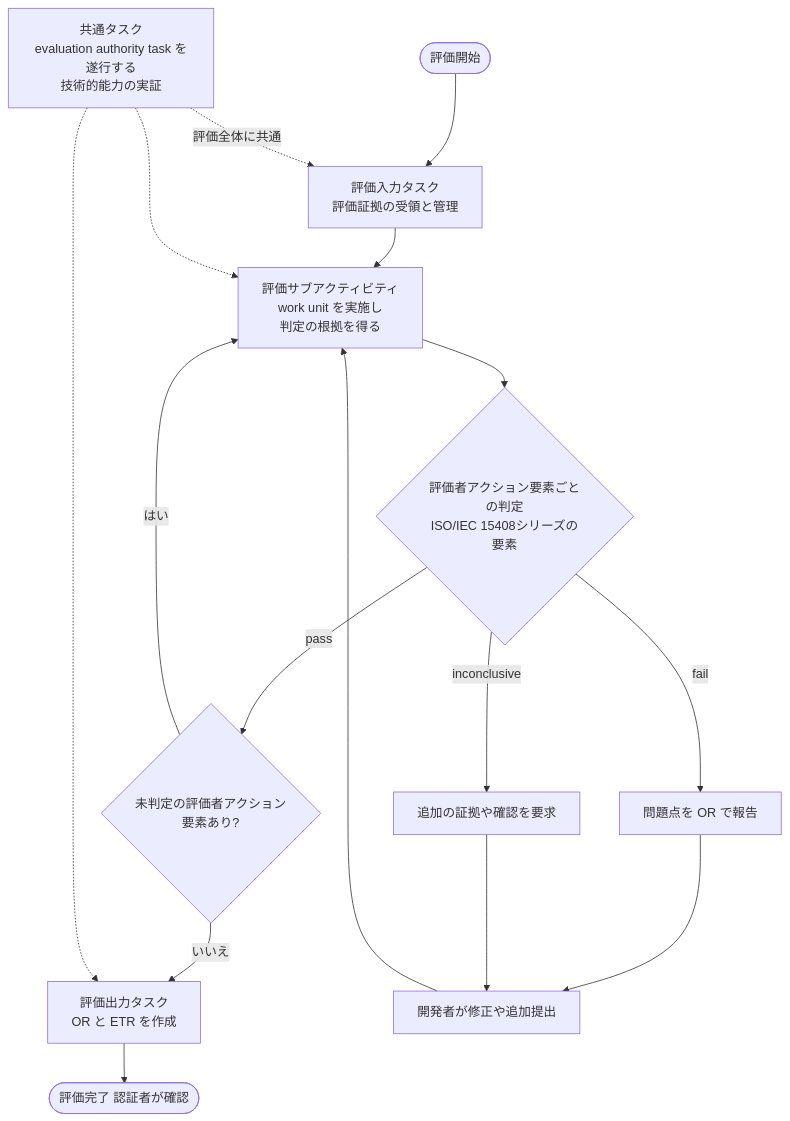
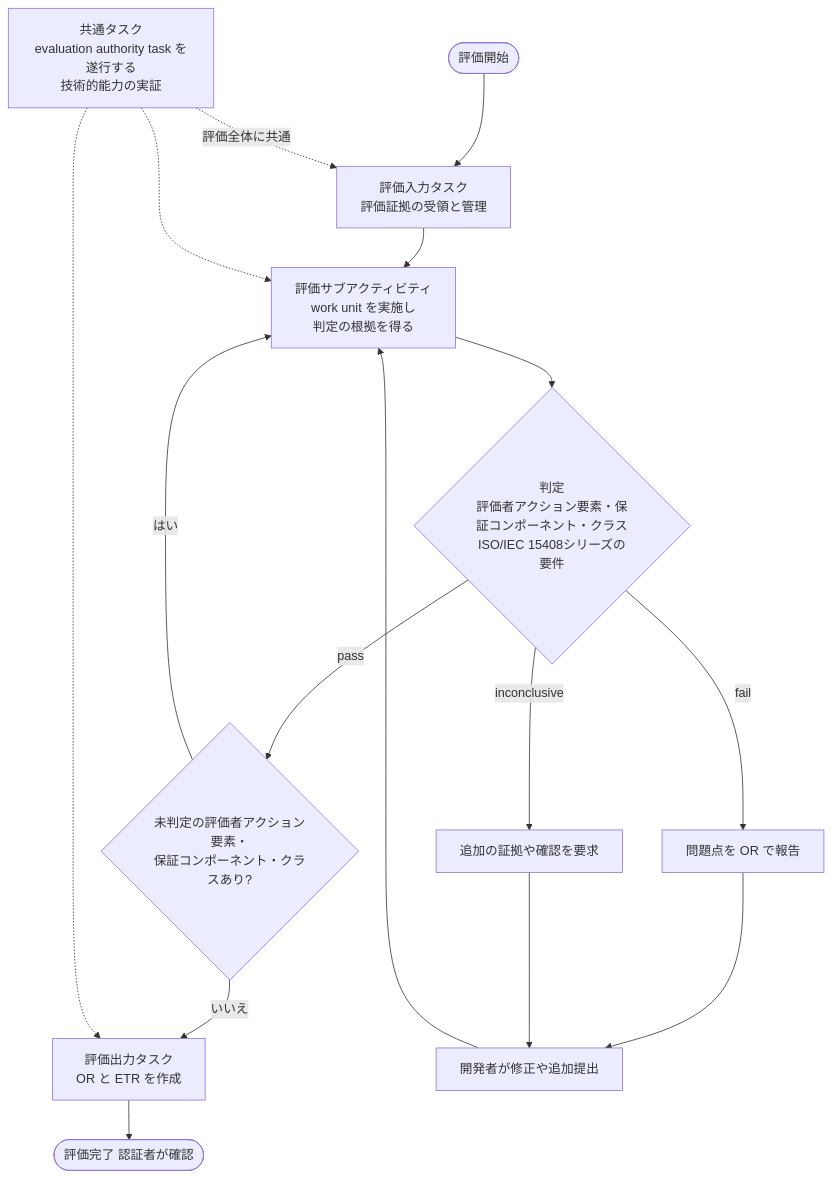
Before and after one commit to myoshi2891/Security_Studies: the sixth of 18 diagrams in Iso-iec-18045-2026-guide.md, drawn with Mermaid. The commit also changed other lines of this file, not shown here.

Commit message:
docs(iso18045): expand verdict targets to components and classes in guide and flowchart

````diff
--- a/Iso-iec-18045-2026-guide.md
+++ b/Iso-iec-18045-2026-guide.md
@@ -245,18 +245,18 @@
 ```mermaid
 flowchart TD
     S(["評価開始"]) --> I["評価入力タスク<br/>評価証拠の受領と管理"]
     I --> A["評価サブアクティビティ<br/>work unit を実施し<br/>判定の根拠を得る"]
-    A --> V{"評価者アクション要素ごとの判定<br/>ISO/IEC 15408シリーズの要素"}
-    V -->|"pass"| N{"未判定の評価者アクション要素あり?"}
+    A --> V{"判定<br/>評価者アクション要素・保証コンポーネント・クラス<br/>ISO/IEC 15408シリーズの要件"}
+    V -->|"pass"| N{"未判定の評価者アクション要素・<br/>保証コンポーネント・クラスあり?"}
     N -->|"はい"| A
     N -->|"いいえ"| O["評価出力タスク<br/>OR と ETR を作成"]
     V -->|"fail"| R1["問題点を OR で報告"]
     V -->|"inconclusive"| R2["追加の証拠や確認を要求"]
     R1 --> D["開発者が修正や追加提出"]
     R2 --> D
     D --> A
     O --> E(["評価完了 認証者が確認"])
     C["共通タスク<br/>evaluation authority task を遂行する<br/>技術的能力の実証"] -.->|"評価全体に共通"| I
     C -.-> A
     C -.-> O
 ```
````
